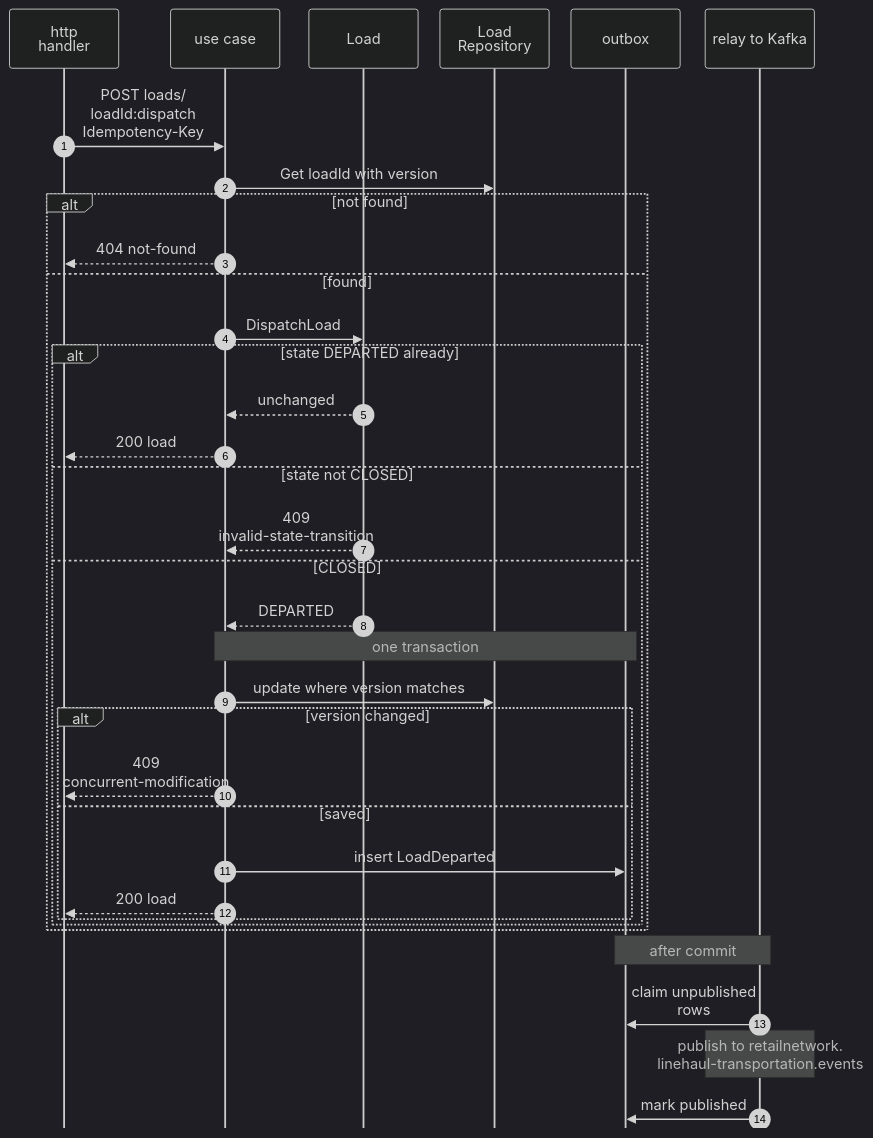
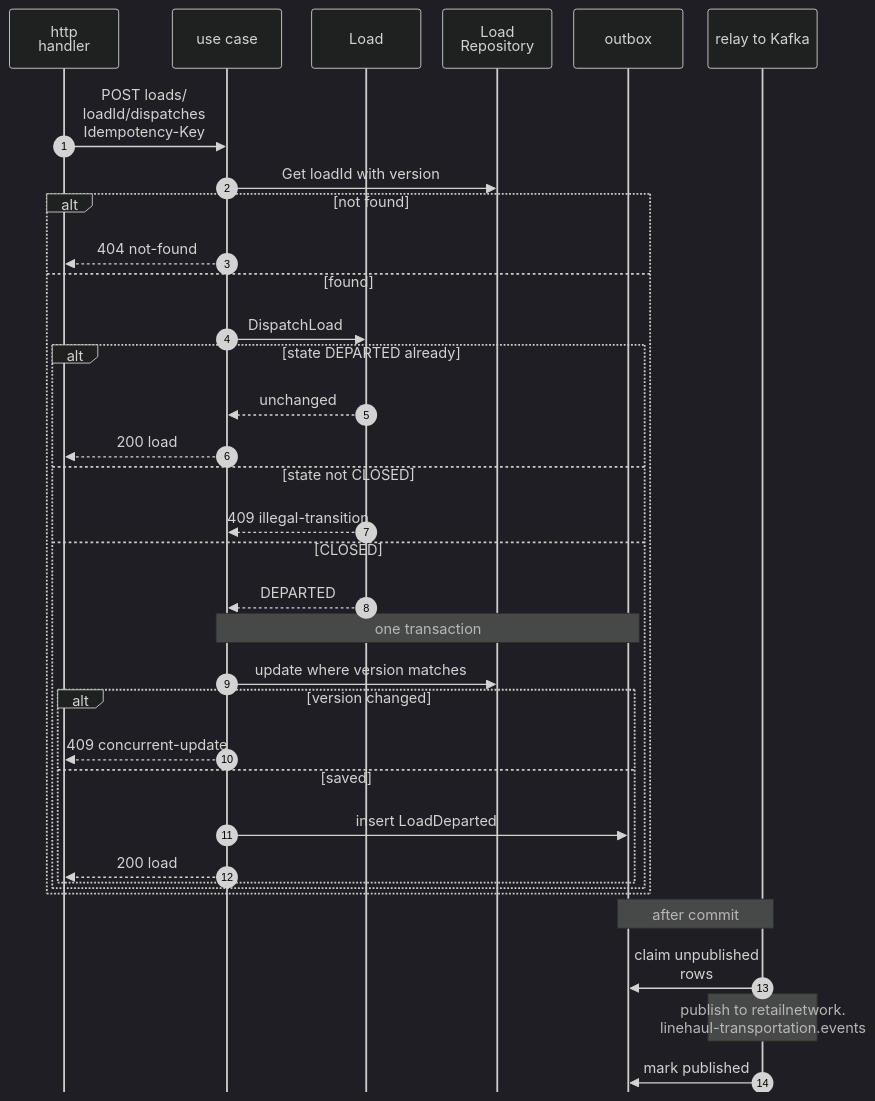
Diagram 14 of 15 in network/docs/contexts/linehaul-transportation/sequence-diagrams.md (IQVO/warehouse-docs), drawn with Mermaid (dark theme) before and after one commit. The commit also changed other lines of this file and 8 other files, not shown here.

````diff
--- a/network/docs/contexts/linehaul-transportation/sequence-diagrams.md
+++ b/network/docs/contexts/linehaul-transportation/sequence-diagrams.md
@@ -616,38 +562,38 @@
 ```mermaid
 %%{init: {"sequence": {"wrap": true, "width": 120, "actorMargin": 24, "messageMargin": 28, "boxMargin": 6, "noteMargin": 6, "mirrorActors": false}}}%%
 sequenceDiagram
     autonumber
     participant H as http<br/>handler
     participant U as use case
     participant A as Load
     participant R as Load<br/>Repository
     participant O as outbox
     participant RL as relay to Kafka
-    H->>U: POST loads/<br/>loadId:dispatch<br/>Idempotency-Key
+    H->>U: POST loads/<br/>loadId/dispatches<br/>Idempotency-Key
     U->>R: Get loadId with version
     alt not found
         U-->>H: 404 not-found
     else found
         U->>A: DispatchLoad
         alt state DEPARTED already
             A-->>U: unchanged
             U-->>H: 200 load
         else state not CLOSED
-            A-->>U: 409 invalid-state-transition
+            A-->>U: 409 illegal-transition
         else CLOSED
             A-->>U: DEPARTED
             Note over U,O: one transaction
             U->>R: update where version matches
             alt version changed
-                U-->>H: 409 concurrent-modification
+                U-->>H: 409 concurrent-update
             else saved
                 U->>O: insert LoadDeparted
                 U-->>H: 200 load
             end
         end
     end
     Note over O,RL: after commit
     RL->>O: claim unpublished rows
     Note over RL: publish to retailnetwork.<br/>linehaul-transportation.events
     RL->>O: mark published
 ```
````
